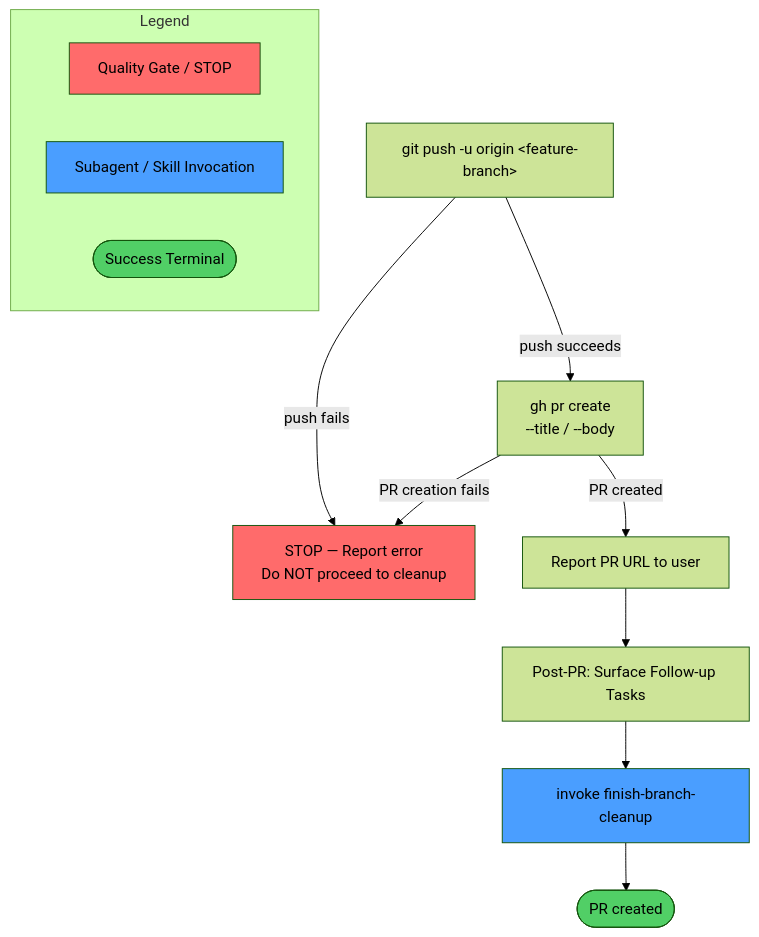
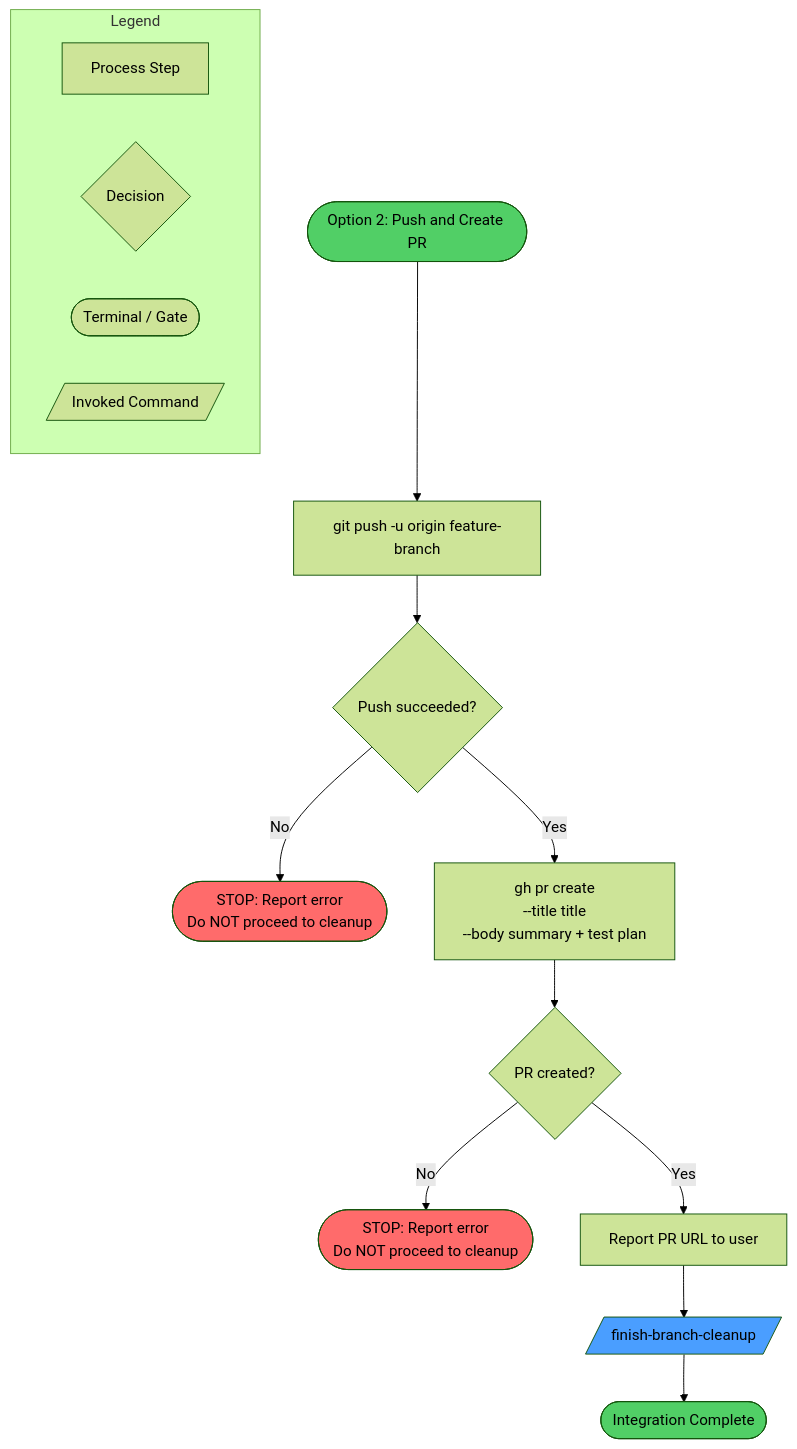
Before and after one commit to axiomantic/spellbook: the third of 7 diagrams in docs/diagrams/commands/finish-branch-execute.md, drawn with Mermaid (forest theme). The commit also changed other lines of this file and 336 other files, not shown here.

````diff
--- a/docs/diagrams/commands/finish-branch-execute.md
+++ b/docs/diagrams/commands/finish-branch-execute.md
@@ -86,25 +87,25 @@
 ```mermaid
 flowchart TD
-    PUSH["git push -u origin &lt;feature-branch&gt;"]
-    PR["gh pr create\n--title / --body"]
-    FAIL_GATE["STOP — Report error\nDo NOT proceed to cleanup"]:::gate
-    REPORT["Report PR URL to user"]
-    POST["Post-PR: Surface Follow-up Tasks"]
-    CLEANUP["invoke finish-branch-cleanup"]:::subagent
-    DONE(["PR created"]):::success
+    O2_START([Option 2: Push and Create PR]) --> PUSH["git push -u origin feature-branch"]
+    PUSH --> PUSH_OK{Push succeeded?}
+    PUSH_OK -->|No| STOP_PUSH([STOP: Report error\nDo NOT proceed to cleanup])
+    PUSH_OK -->|Yes| CREATE_PR["gh pr create\n--title title\n--body summary + test plan"]
+    CREATE_PR --> PR_OK{PR created?}
+    PR_OK -->|No| STOP_PR([STOP: Report error\nDo NOT proceed to cleanup])
+    PR_OK -->|Yes| REPORT_URL["Report PR URL to user"]
+    REPORT_URL --> INVOKE_CLEANUP[/finish-branch-cleanup/]
+    INVOKE_CLEANUP --> O2_DONE([Integration Complete])
 
-    PUSH -->|"push fails"| FAIL_GATE
-    PUSH -->|"push succeeds"| PR
-    PR -->|"PR creation fails"| FAIL_GATE
-    PR -->|"PR created"| REPORT --> POST --> CLEANUP --> DONE
-
-    subgraph LEGEND["Legend"]
-        L_GATE["Quality Gate / STOP"]:::gate
-        L_SUB["Subagent / Skill Invocation"]:::subagent
-        L_OK(["Success Terminal"]):::success
+    subgraph legend[Legend]
+        L1[Process Step]
+        L2{Decision}
+        L3([Terminal / Gate])
+        L4[/Invoked Command/]
     end
 
-    classDef gate fill:#ff6b6b,color:#000
-    classDef subagent fill:#4a9eff,color:#000
-    classDef success fill:#51cf66,color:#000
+    style O2_START fill:#51cf66,color:#000
+    style O2_DONE fill:#51cf66,color:#000
+    style STOP_PUSH fill:#ff6b6b,color:#000
+    style STOP_PR fill:#ff6b6b,color:#000
+    style INVOKE_CLEANUP fill:#4a9eff,color:#000
 ```
````
